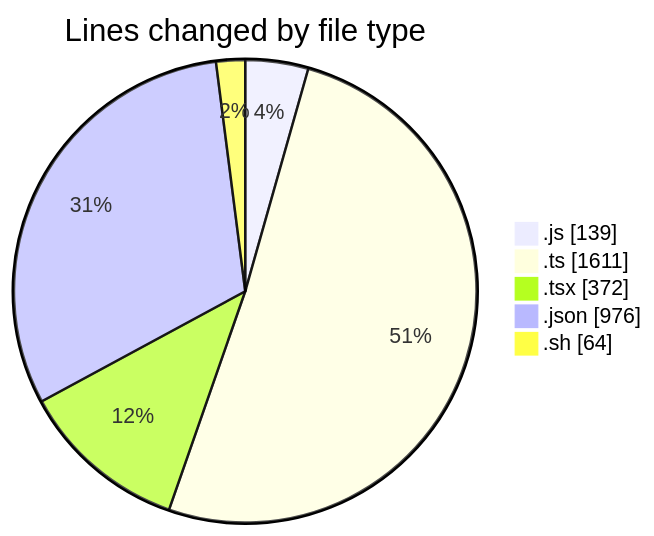
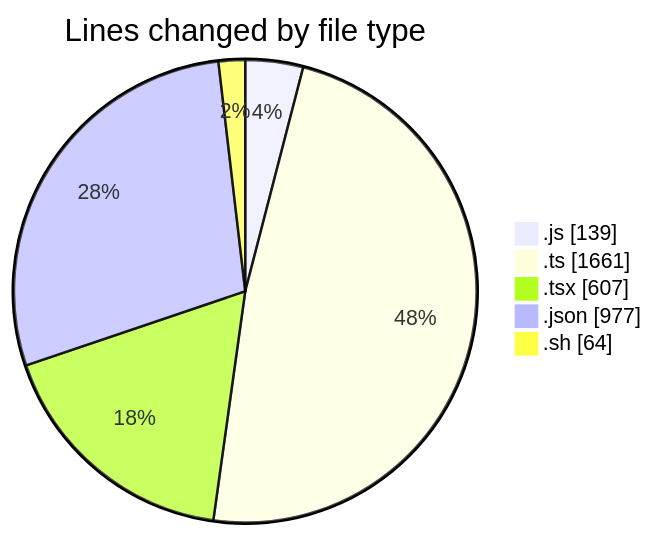
The first of 2 diagrams in 2025-07-14/ribbon/README.md (EIIisD/code-tracking), drawn with Mermaid before and after one commit. The commit also changed other lines of this file and 1 other file, not shown here.

````diff
--- a/2025-07-14/ribbon/README.md
+++ b/2025-07-14/ribbon/README.md
@@ -38,9 +42,9 @@
 ```mermaid
 pie showData
 title Lines changed by file type
 ".js" : 139
-".ts" : 1611
-".tsx" : 372
-".json" : 976
+".ts" : 1661
+".tsx" : 607
+".json" : 977
 ".sh" : 64
 ```
````
